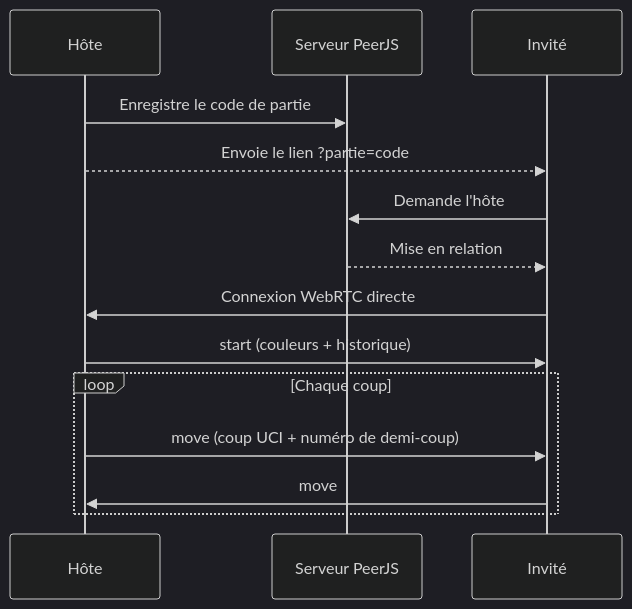
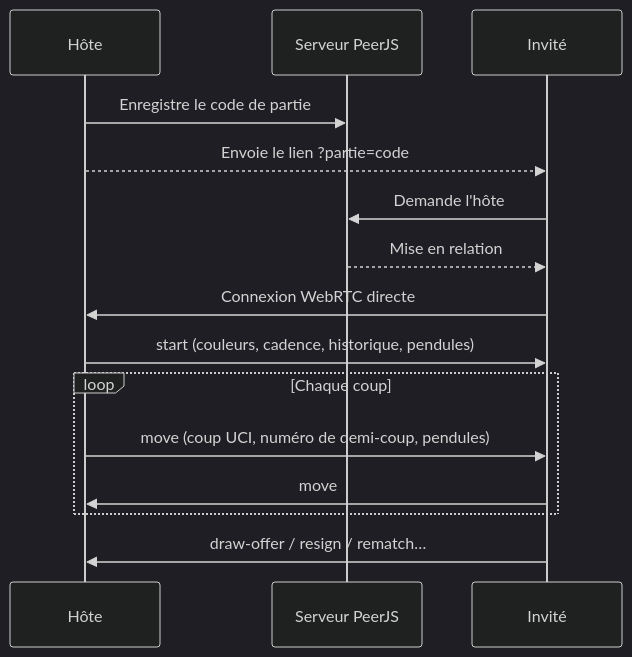
The second of 2 diagrams in README.md (LaFicelleCmoi/echecs), drawn with Mermaid (dark theme) before and after one commit. The commit also changed other lines of this file, not shown here.

````diff
--- a/README.md
+++ b/README.md
@@ -70,16 +78,17 @@
 ```mermaid
 sequenceDiagram
     participant H as Hôte
     participant P as Serveur PeerJS
     participant I as Invité
     H->>P: Enregistre le code de partie
     H-->>I: Envoie le lien ?partie=code
     I->>P: Demande l'hôte
     P-->>I: Mise en relation
     I->>H: Connexion WebRTC directe
-    H->>I: start (couleurs + historique)
+    H->>I: start (couleurs, cadence, historique, pendules)
     loop Chaque coup
-        H->>I: move (coup UCI + numéro de demi-coup)
+        H->>I: move (coup UCI, numéro de demi-coup, pendules)
         I->>H: move
     end
+    I->>H: draw-offer / resign / rematch…
 ```
````
